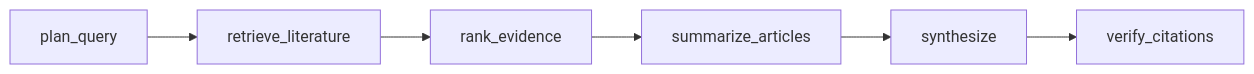
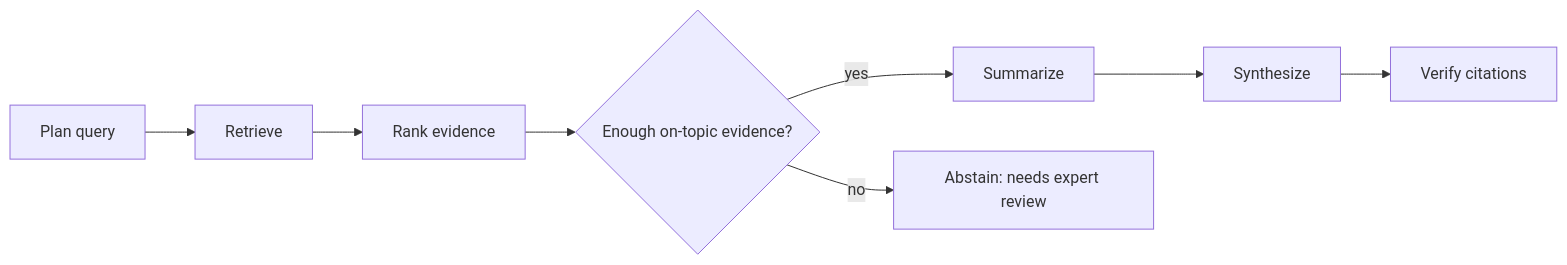
The diagram in README.md (sanskritim05/medical-literature-research-agent), drawn with Mermaid before and after one commit. The commit also changed other lines of this file, not shown here.

````diff
--- a/README.md
+++ b/README.md
@@ -77,8 +30,10 @@
 ```mermaid
 flowchart LR
-  A[plan_query] --> B[retrieve_literature]
-  B --> C[rank_evidence]
-  C --> D[summarize_articles]
-  D --> E[synthesize]
-  E --> F[verify_citations]
+  A[Plan query] --> B[Retrieve]
+  B --> C[Rank evidence]
+  C --> G{Enough on-topic evidence?}
+  G -- yes --> D[Summarize]
+  G -- no --> X[Abstain: needs expert review]
+  D --> E[Synthesize]
+  E --> F[Verify citations]
 ```
````
